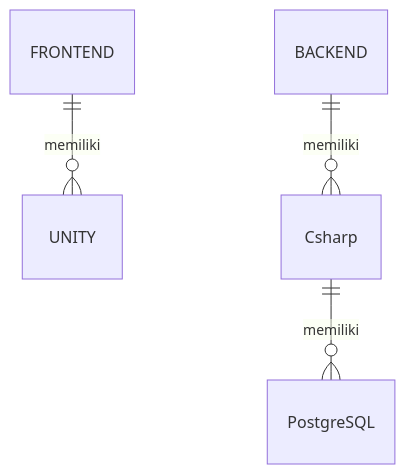
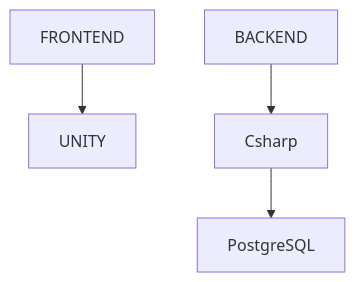
One commit to irhamMutaalimin/jawaban-Job-Interview-Teknik-Informatika changed the second of 2 diagrams in TugasBikinGame.md. Above: the diagram before and after it, drawn with Mermaid. The commit also changed other lines of this file, not shown here.

````diff
--- a/TugasBikinGame.md
+++ b/TugasBikinGame.md
@@ -45,8 +45,8 @@
 ```mermaid  
-erDiagram
    
-    FRONTEND ||--o{ UNITY : memiliki
-    BACKEND ||--o{ Csharp : memiliki
-    Csharp ||--o{ PostgreSQL : memiliki
+    graph TD;
+    FRONTEND --> UNITY;
+    BACKEND --> Csharp;
+    Csharp --> PostgreSQL;
 
 ```
````
